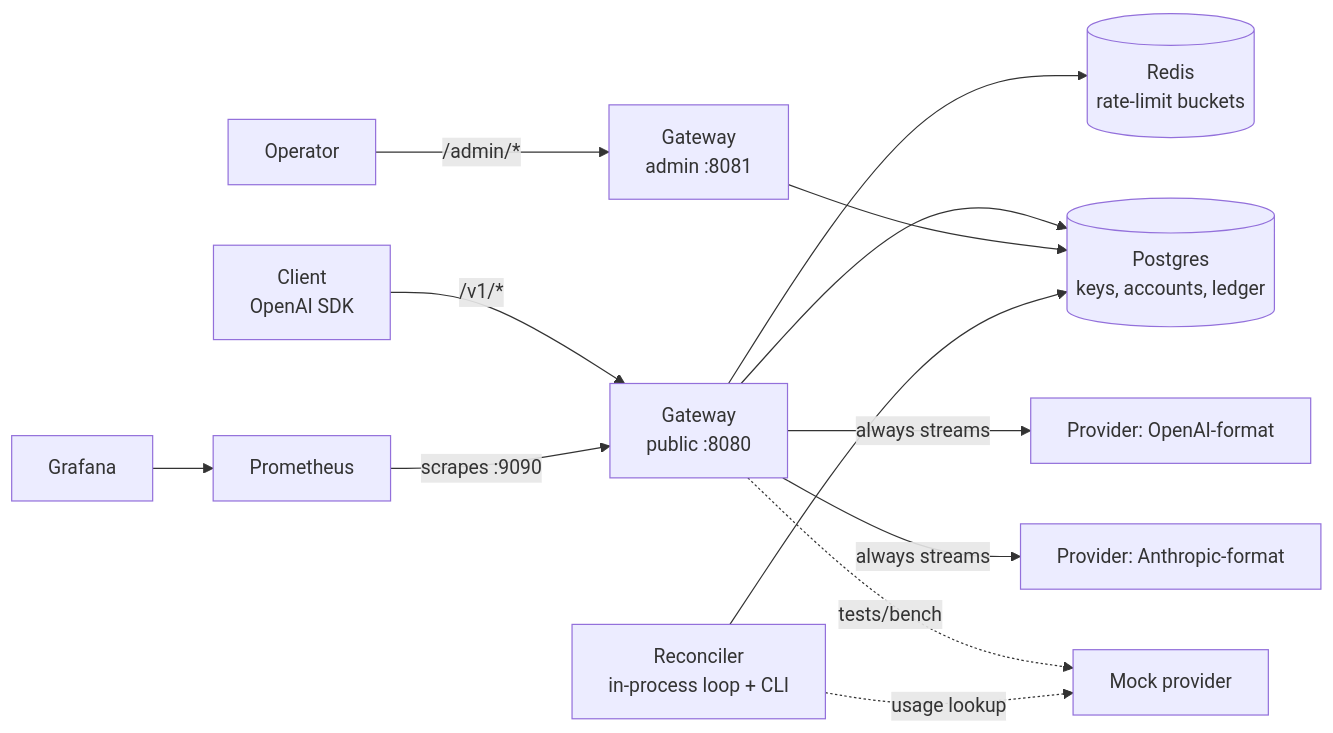
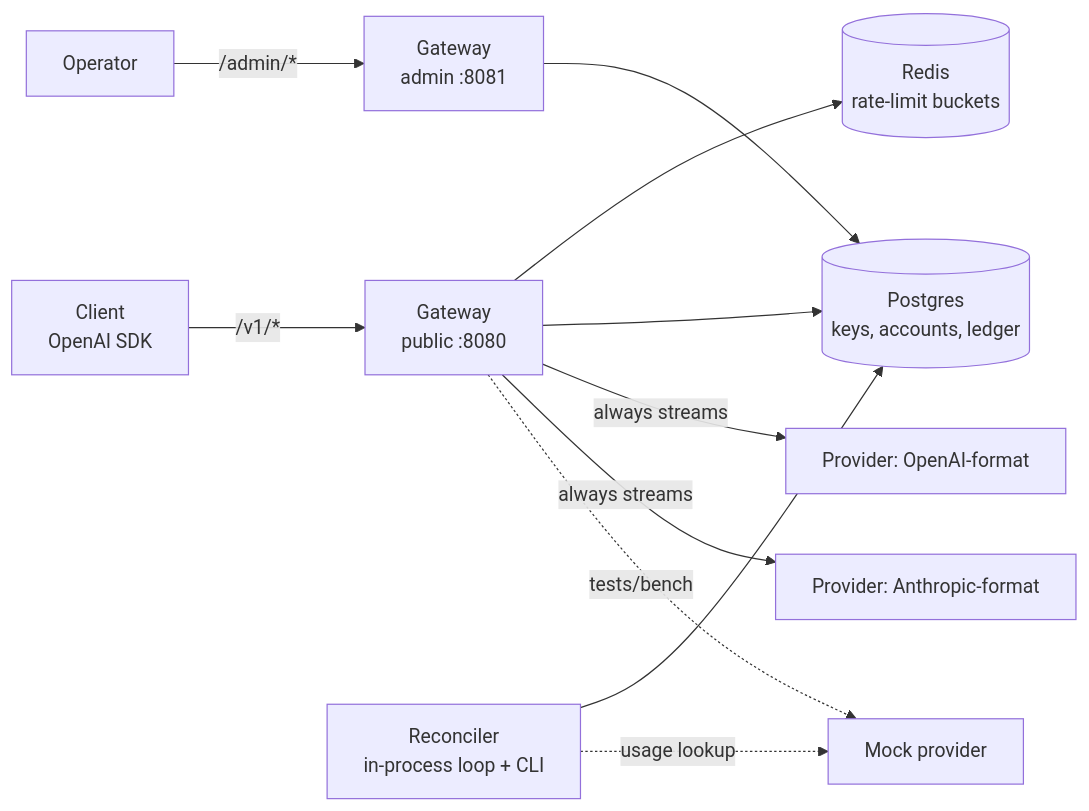
Before and after one commit to SamirVarma01/Multi-Provider-LLM-Gateway: the first of 3 diagrams in docs/design.md, drawn with Mermaid. The commit also changed other lines of this file and 8 other files, not shown here.

First line of the commit message:
Remove Prometheus and Grafana from Compose

````diff
--- a/docs/design.md
+++ b/docs/design.md
@@ -22,15 +22,13 @@
 ```mermaid
 flowchart LR
   C[Client<br/>OpenAI SDK] -->|/v1/*| G[Gateway<br/>public :8080]
   A[Operator] -->|/admin/*| GA[Gateway<br/>admin :8081]
   G --> R[(Redis<br/>rate-limit buckets)]
   G --> P[(Postgres<br/>keys, accounts, ledger)]
   GA --> P
   G -->|always streams| U1[Provider: OpenAI-format]
   G -->|always streams| U2[Provider: Anthropic-format]
   G -.tests/bench.-> M[Mock provider]
   REC[Reconciler<br/>in-process loop + CLI] --> P
   REC -.usage lookup.-> M
-  PR[Prometheus] -->|scrapes :9090| G
-  GR[Grafana] --> PR
 ```
````
